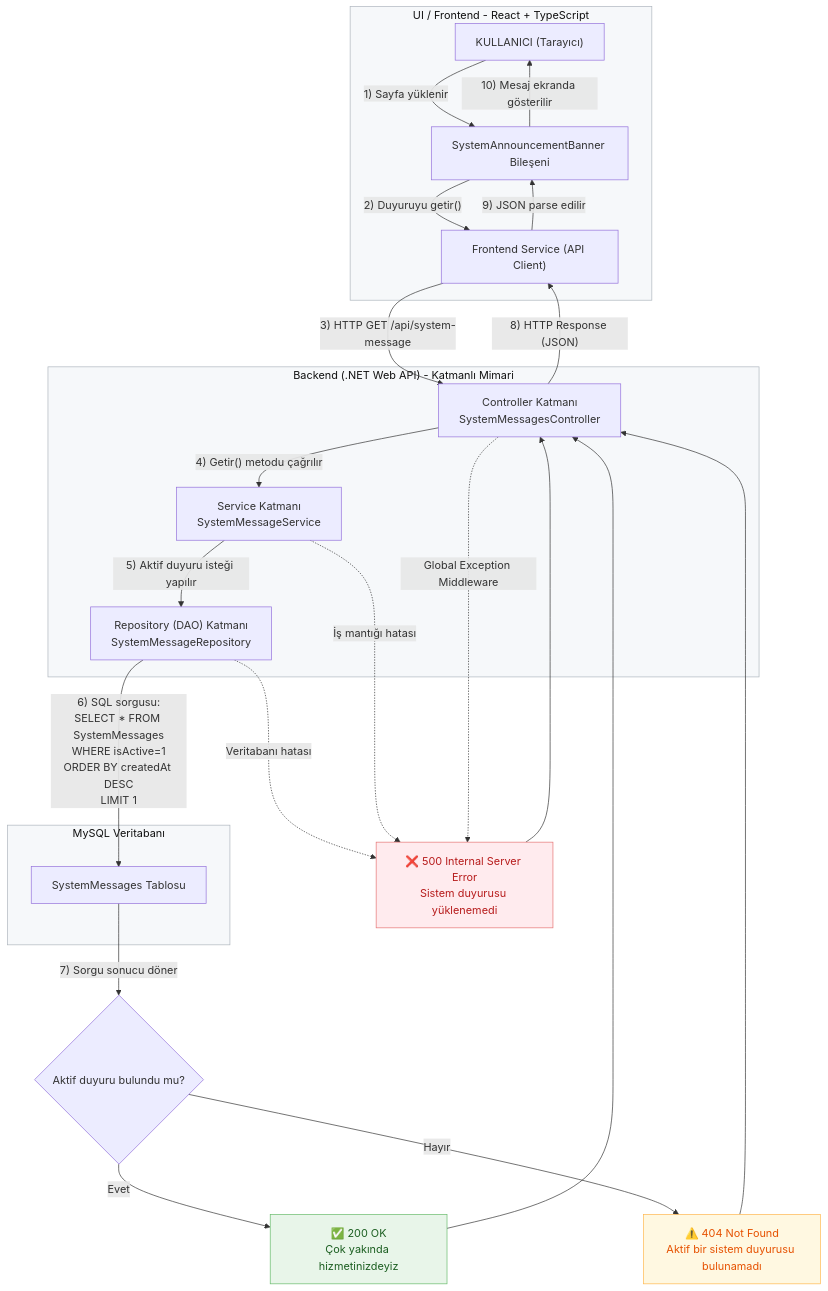
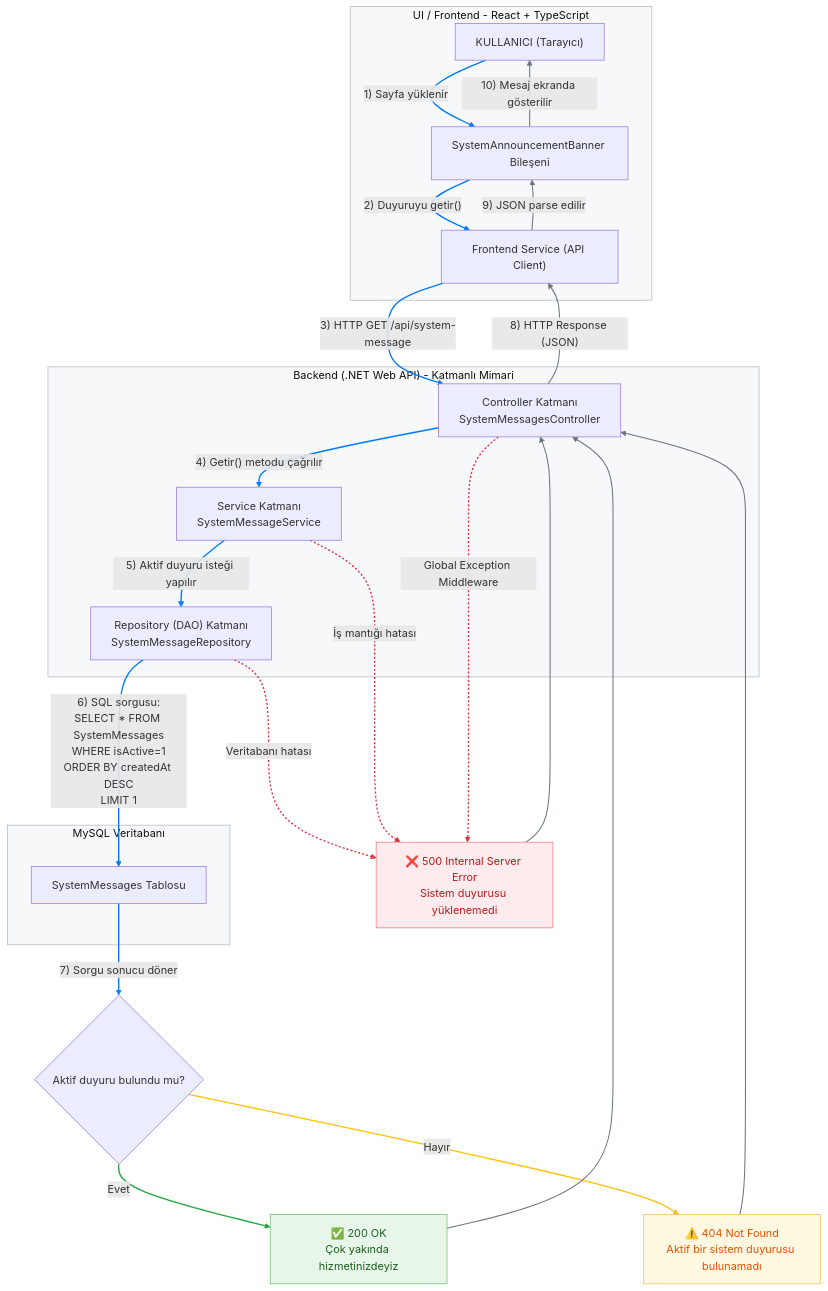
Before and after one commit to bugbusterssquad/bugbusters-squad-project: the diagram in docs/mimari_ozet.md, drawn with Mermaid.

Commit message:
Update mimari_ozet.md
mermaid kodundaki oklar renklendirildi

````diff
--- a/docs/mimari_ozet.md
+++ b/docs/mimari_ozet.md
@@ -90,4 +90,33 @@
   class NF warn;
   class ERR neg;
 
+  %% === Ok Renkleri ===
+  %% Ana akış okları (mavi)
+  linkStyle 0 stroke:#007bff,stroke-width:2px;
+  linkStyle 1 stroke:#007bff,stroke-width:2px;
+  linkStyle 2 stroke:#007bff,stroke-width:2px;
+  linkStyle 3 stroke:#007bff,stroke-width:2px;
+  linkStyle 4 stroke:#007bff,stroke-width:2px;
+  linkStyle 5 stroke:#007bff,stroke-width:2px;
+  linkStyle 6 stroke:#007bff,stroke-width:2px;
+
+  %% Karar dalları
+  %% Evet → Yeşil
+  linkStyle 7 stroke:#28a745,stroke-width:2px;
+  %% Hayır → Sarı
+  linkStyle 8 stroke:#ffc107,stroke-width:2px;
+
+  %% Hata akışları (kırmızı, noktalı)
+  linkStyle 9 stroke:#dc3545,stroke-width:2px,stroke-dasharray:3 3;
+  linkStyle 10 stroke:#dc3545,stroke-width:2px,stroke-dasharray:3 3;
+  linkStyle 11 stroke:#dc3545,stroke-width:2px,stroke-dasharray:3 3;
+
+  %% Geri dönüş akışları (gri)
+  linkStyle 12 stroke:#6c757d,stroke-width:1.5px;
+  linkStyle 13 stroke:#6c757d,stroke-width:1.5px;
+  linkStyle 14 stroke:#6c757d,stroke-width:1.5px;
+  linkStyle 15 stroke:#6c757d,stroke-width:1.5px;
+  linkStyle 16 stroke:#6c757d,stroke-width:1.5px;
+  linkStyle 17 stroke:#6c757d,stroke-width:1.5px;
+
 ```
````
